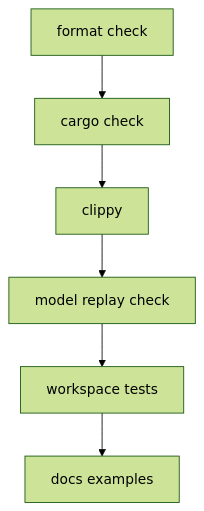
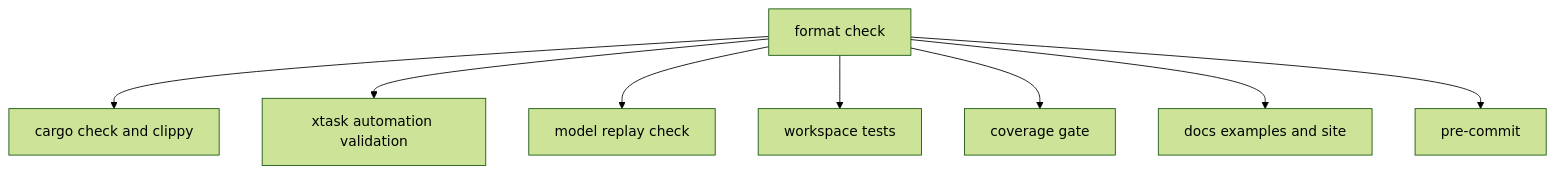
The diagram in spec/ops/01-ci-readiness.md (Wh1isper/starweaver), drawn with Mermaid (forest theme) before and after one commit. The commit also changed other lines of this file and 78 other files, not shown here.

````diff
--- a/spec/ops/01-ci-readiness.md
+++ b/spec/ops/01-ci-readiness.md
@@ -7,15 +7,19 @@
 ```mermaid
 flowchart TD
     fmt[format check]
-    check[cargo check]
-    clippy[clippy]
+    check[cargo check and clippy]
+    scripts[xtask automation validation]
     replay[model replay check]
     tests[workspace tests]
-    docs[docs examples]
+    coverage[coverage gate]
+    docs[docs examples and site]
+    precommit[pre-commit]
 
     fmt --> check
-    check --> clippy
-    clippy --> replay
-    replay --> tests
-    tests --> docs
+    fmt --> scripts
+    fmt --> replay
+    fmt --> tests
+    fmt --> coverage
+    fmt --> docs
+    fmt --> precommit
 ```
````
